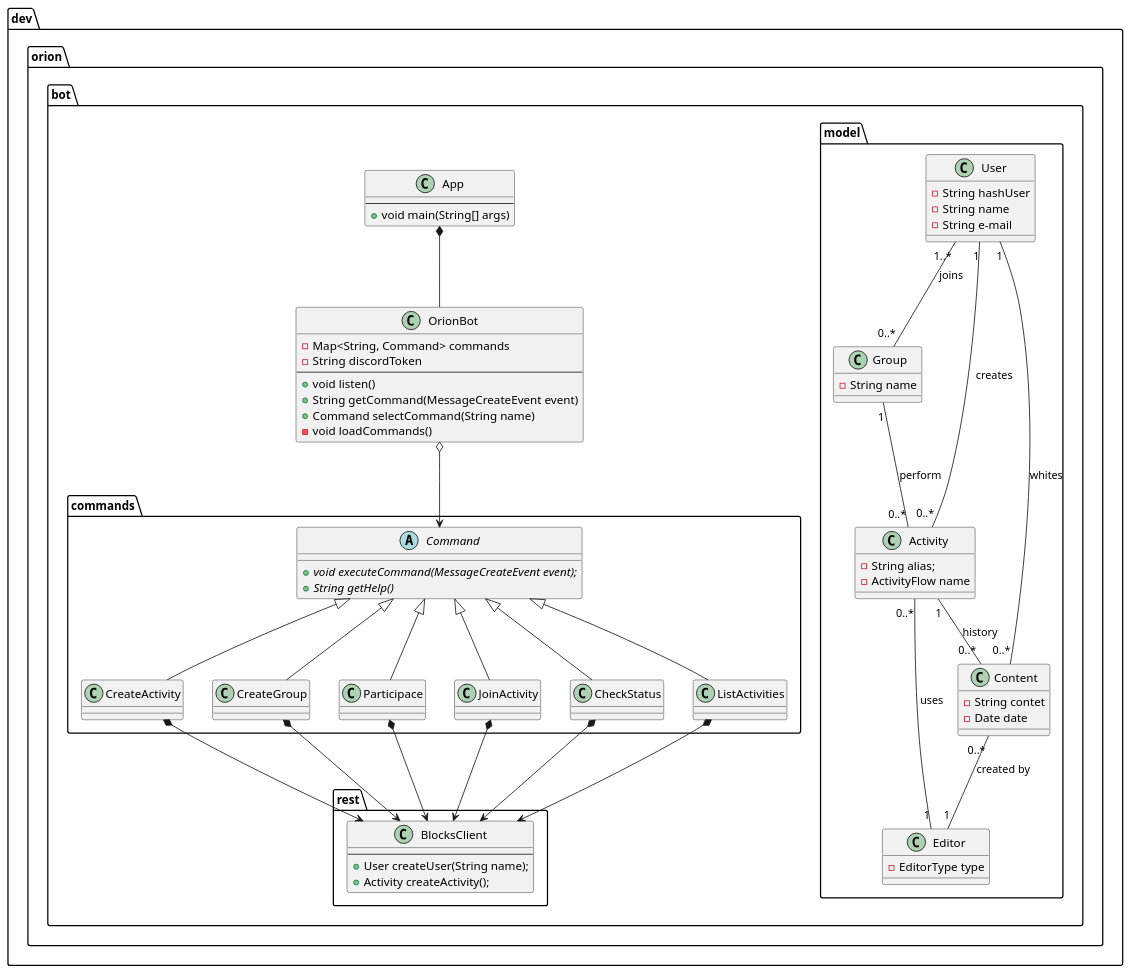
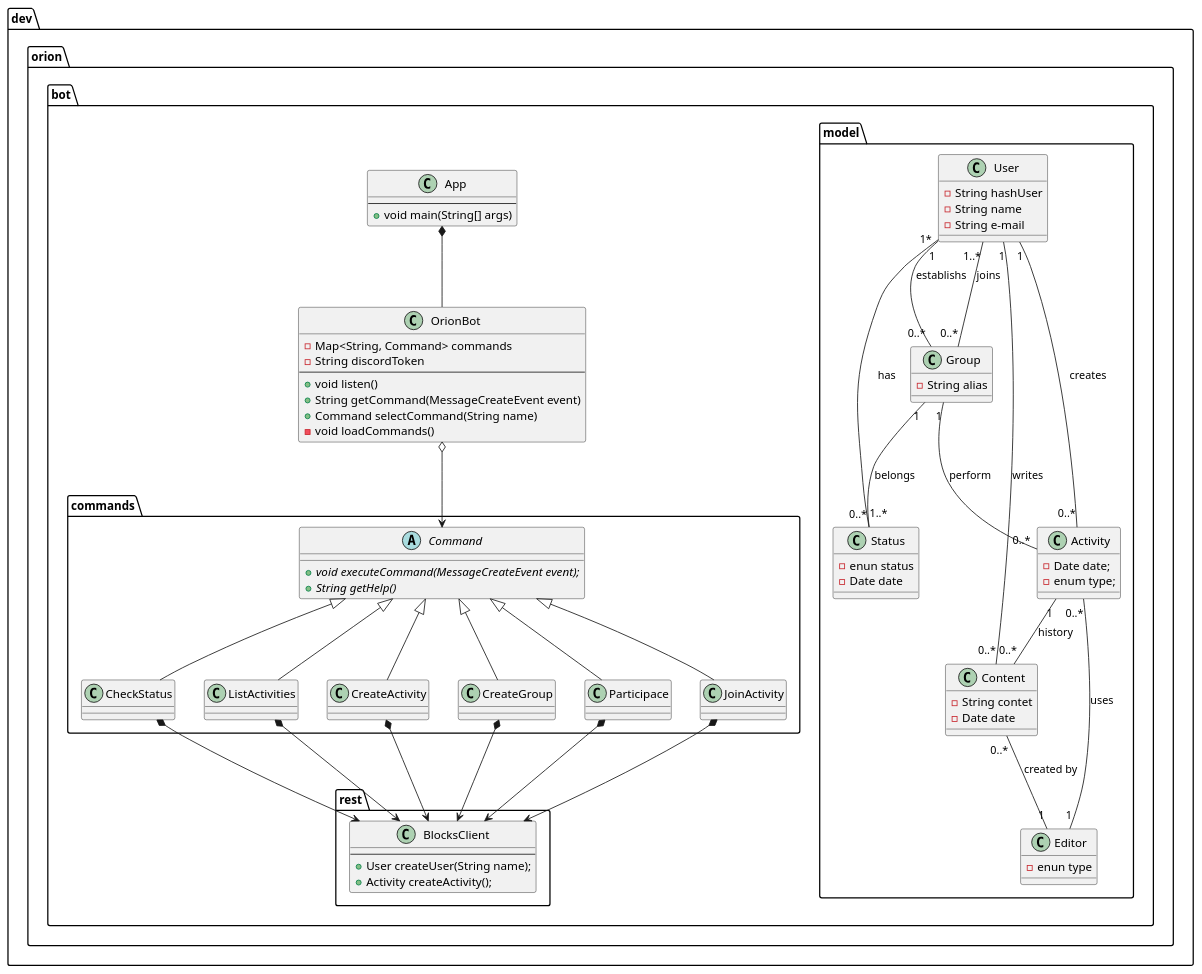
Before and after one commit to orion-services/bot: the diagram in docs/uml/class.puml, drawn with PlantUML. The commit also changed 1 other file, not shown here.

Commit message:
diagram update

```diff
--- a/docs/uml/class.puml
+++ b/docs/uml/class.puml
@@ -1,111 +1,117 @@
 @startuml
 
 package dev.orion.bot.model {
 
     User "1..*" -- "0..*" Group : joins
+
+    Group "1" -- "1..*" Status : belongs 
+    User "1" -- "0..*" Status: has
+
+    User "1*" -- "0..*" Group : establishs
     Group "1" -- "0..*" Activity : perform
     Activity "0..*" -- "1" User : creates
 
     Activity "1" -- "0..*" Content : history
     Activity "0..*" -- "1" Editor : uses
 
     Content "0..*" -- "1" Editor : created by
-    User "1" -- "0..*" Content : whites
+    User "1" -- "0..*" Content : writes
+
+    class Group{
+        - String alias
+    }
 
     class User{
         - String hashUser
         - String name
         - String e-mail
     }
 
-    class Group{
-        - String name
-    }
-
     class Activity{
-        -String alias;
-        - ActivityFlow name
+        - Date date;
+        - enum type;
     }
 
     class Content {
         - String contet
         - Date date
     }
 
     class Editor{
-        - EditorType type
+        - enun type
+    }
+
+    class Status{
+        - enun status
+        - Date date
     }
 
 }
 
 package dev.orion.bot.commands {
 
     Command <|-- CreateActivity
     Command <|-- CreateGroup
     Command <|-- Participace
     Command <|-- JoinActivity
     Command <|-- CheckStatus
     Command <|-- ListActivities
 
     abstract Command {
         + {abstract} void executeCommand(MessageCreateEvent event);
         + {abstract} String getHelp()
     }
 
     Class CreateActivity {}
 
     Class CreateGroup {}
 
     Class Participace {}
 
     Class JoinActivity {}
 
     Class CheckStatus {}
 
     Class ListActivities {}
 
 }
 
 package dev.orion.bot {
 
     App *-- OrionBot
     OrionBot o--> Command
 
     class App{
     --
     + void main(String[] args)
     }
 
     class OrionBot {
         - Map<String, Command> commands
         - String discordToken
     --
         + void listen()
         + String getCommand(MessageCreateEvent event)
         + Command selectCommand(String name)
         - void loadCommands()
     }
 
 }
 
 package dev.orion.bot.rest {
 
     CreateActivity *--> BlocksClient
     CreateGroup *--> BlocksClient
     Participace *--> BlocksClient
     JoinActivity *--> BlocksClient
     CheckStatus *--> BlocksClient
     ListActivities *--> BlocksClient
 
     class BlocksClient {
     --
         + User createUser(String name);
         + Activity createActivity();
     }
 
 }
-
-
-
-
 @enduml
```
